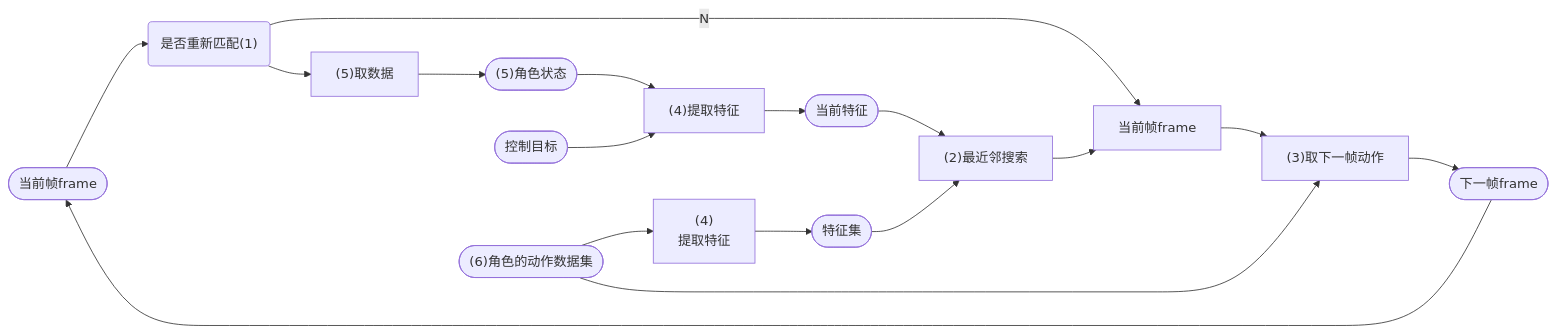
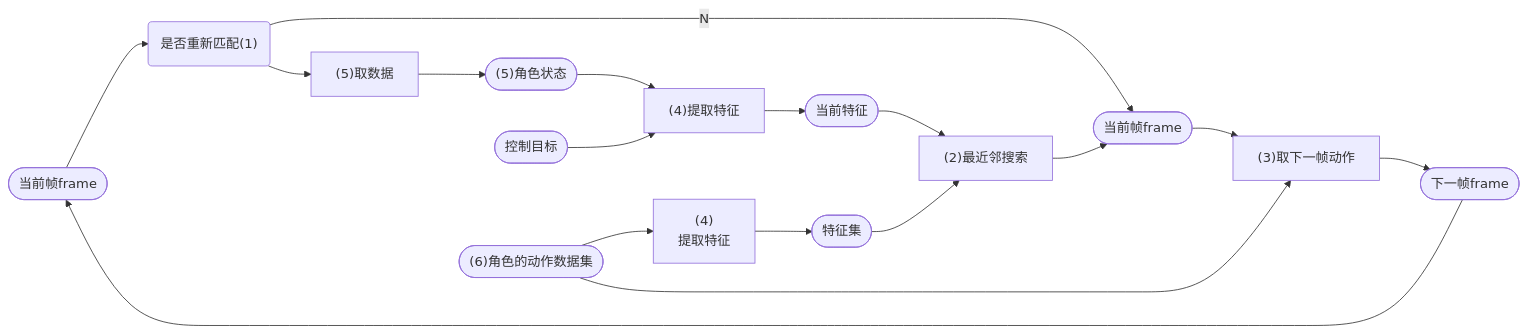
One commit to CaterpillarStudyGroup/ImportantArticles changed the third of 8 diagrams in src/MeshAnimation/SkeletonProxy/Locomotion.md. Above: the diagram before and after it, drawn with Mermaid.

````diff
--- a/src/MeshAnimation/SkeletonProxy/Locomotion.md
+++ b/src/MeshAnimation/SkeletonProxy/Locomotion.md
@@ -76,21 +76,21 @@
 ```mermaid
 flowchart LR
 A([当前帧frame]) --> B("是否重新匹配(1)")
-    B -->|"N"|C[当前帧frame]
+    B -->|"N"|C([当前帧frame])
     C --> D["(3)取下一帧动作"]
     D --> E([下一帧frame])
     E --> A
     F --> G(["(5)角色状态"])
     H([控制目标])
     G --> I["(4)提取特征"]
     H --> I
     I --> N([当前特征])
     N -->J["(2)最近邻搜索"]
     J -->C
     B --> F["(5)取数据"]
     K(["(6)角色的动作数据集"])
     K --> L["(4)<br>提取特征"]
     L --> M(["特征集"])
     M --> J
     K --> D
 ```
````
